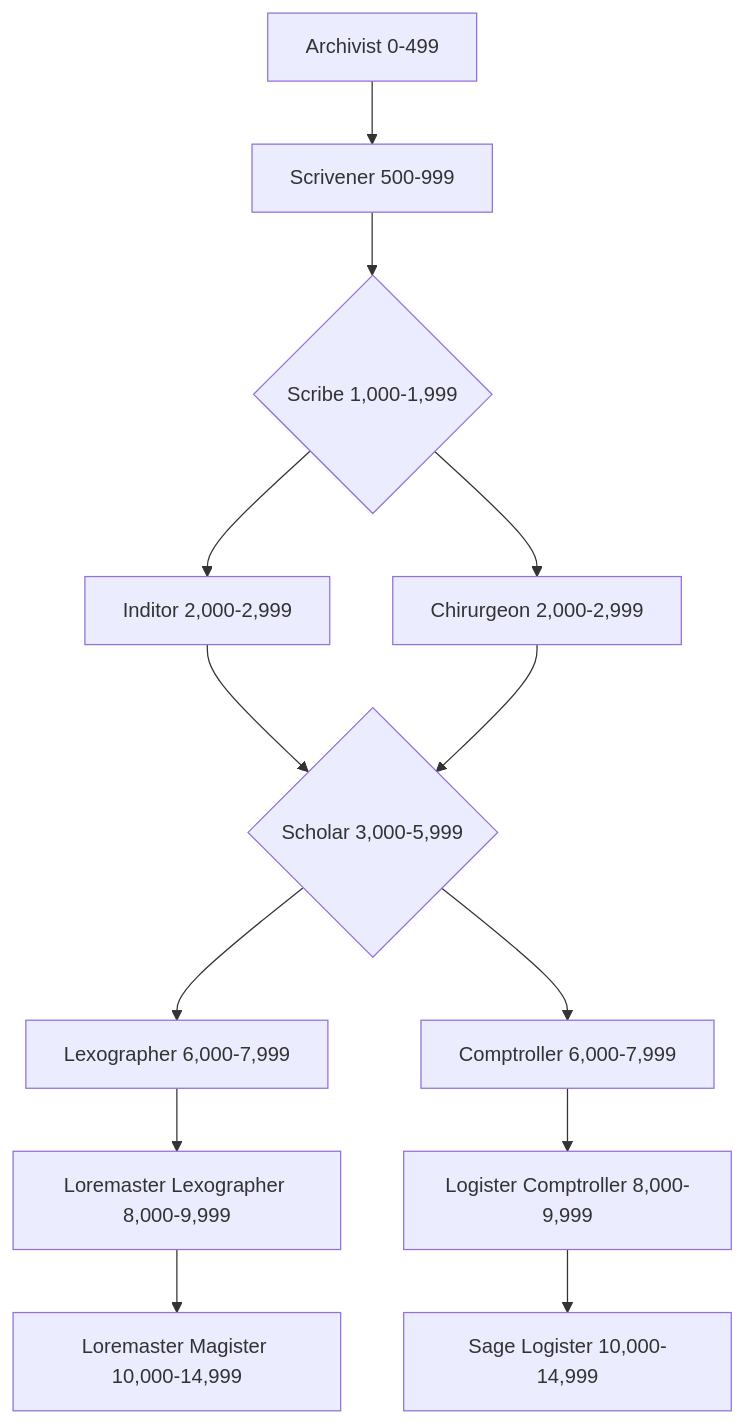
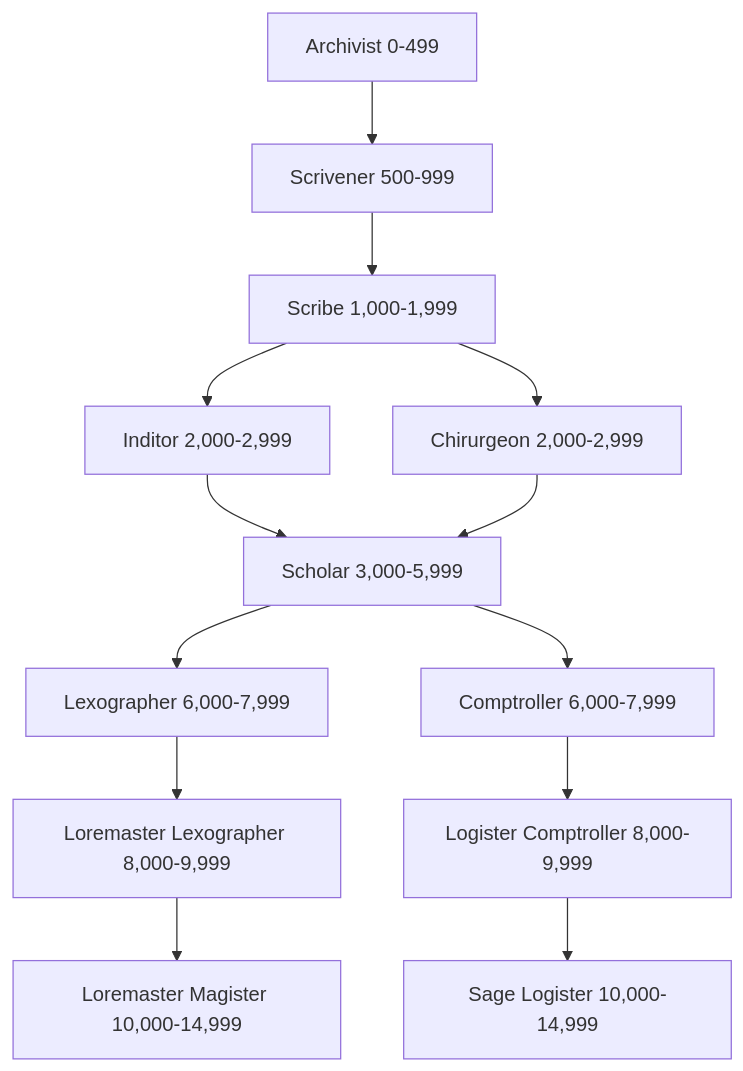
The diagram in Classes/Adept.md (zyzyx159/Rule-books), drawn with Mermaid before and after one commit. The commit also changed 3 other files, not shown here.

````diff
--- a/Classes/Adept.md
+++ b/Classes/Adept.md
@@ -29,12 +29,12 @@
 ```mermaid
 graph TD
 A[Archivist 0-499] --> B[Scrivener 500-999]
-B --> C{Scribe 1,000-1,999}
-C --> D[Inditor 2,000-2,999] &  E[Chirurgeon 2,000-2,999] --> F{Scholar 3,000-5,999}
+B --> C[Scribe 1,000-1,999]
+C --> D[Inditor 2,000-2,999] &  E[Chirurgeon 2,000-2,999] --> F[Scholar 3,000-5,999]
 F --> G[Lexographer 6,000-7,999]
 G --> H[Loremaster Lexographer 8,000-9,999]
 H --> I[Loremaster Magister 10,000-14,999]
 F --> J[Comptroller 6,000-7,999]
 J --> K[Logister Comptroller 8,000-9,999]
 K --> L[Sage Logister 10,000-14,999]
 ```
````
